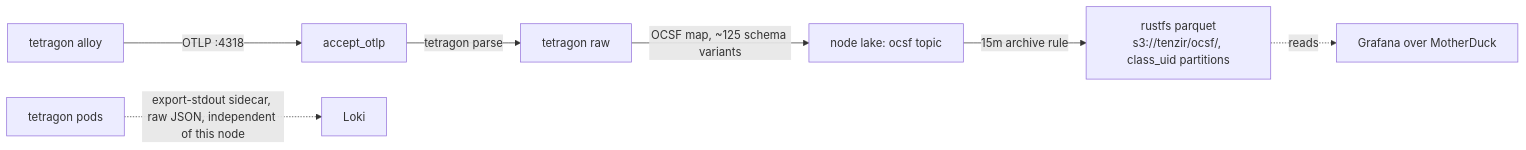
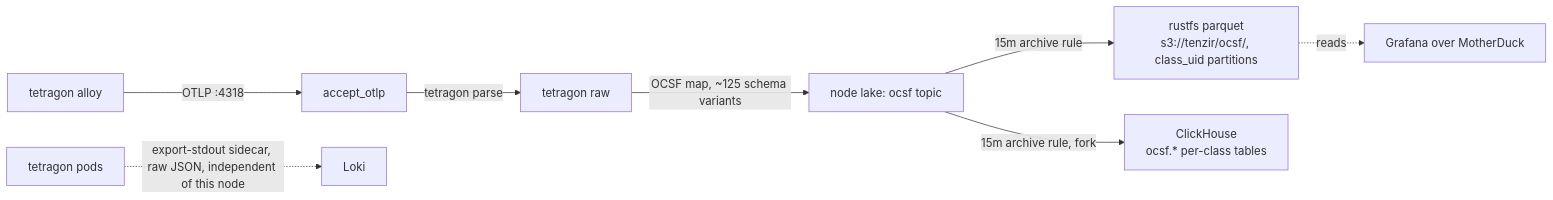
Before and after one commit to Apocrathia/homelab: the diagram in flux/manifests/03-services/observability/tenzir/nodes/tetragon/README.md, drawn with Mermaid. The commit also changed other lines of this file and 6 other files, not shown here.

First line of the commit message:
feat(tenzir): dual-write ocsf-archive to clickhouse (MR-3)

````diff
--- a/flux/manifests/03-services/observability/tenzir/nodes/tetragon/README.md
+++ b/flux/manifests/03-services/observability/tenzir/nodes/tetragon/README.md
@@ -26,9 +26,10 @@
 ```mermaid
 flowchart LR
     TT[tetragon alloy] -->|"OTLP :4318"| AO[accept_otlp]
     AO -->|"tetragon parse"| TR["tetragon raw"]
     TR -->|"OCSF map, ~125 schema variants"| LAKE["node lake: ocsf topic"]
     LAKE -->|"15m archive rule"| S3["rustfs parquet<br/>s3://tenzir/ocsf/, class_uid partitions"]
+    LAKE -->|"15m archive rule, fork"| CH["ClickHouse<br/>ocsf.* per-class tables"]
     S3 -.->|"reads"| GRAF["Grafana over MotherDuck"]
     TP["tetragon pods"] -.->|"export-stdout sidecar, raw JSON, independent of this node"| LOKI[Loki]
 ```
````
